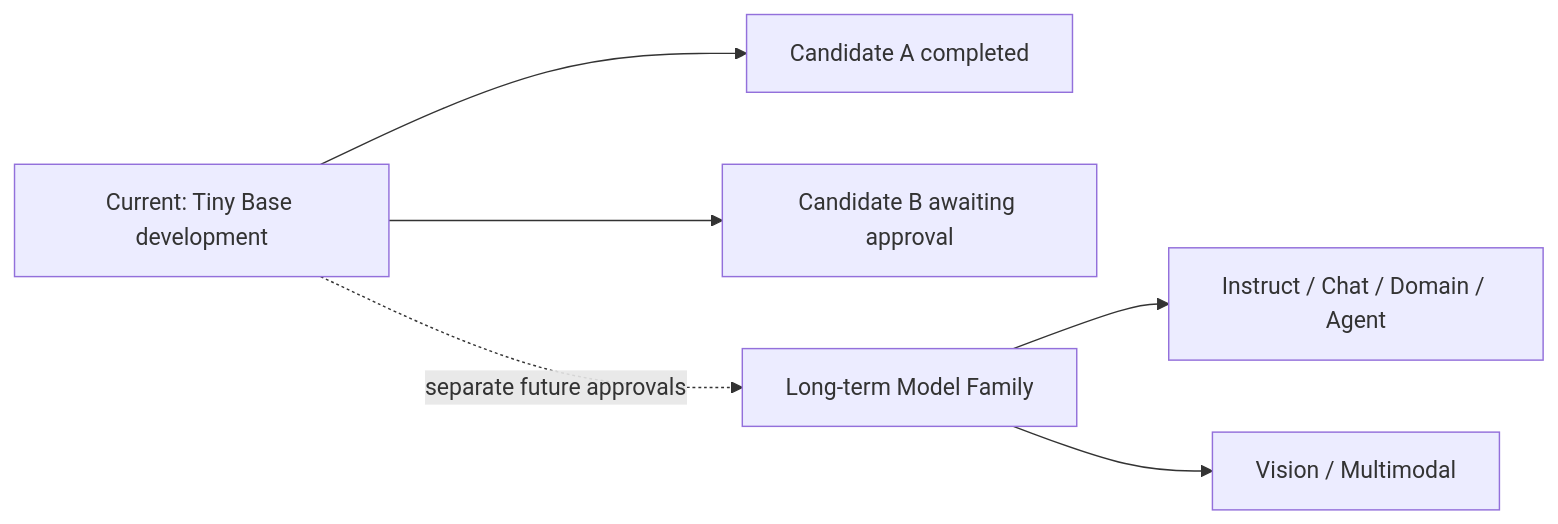
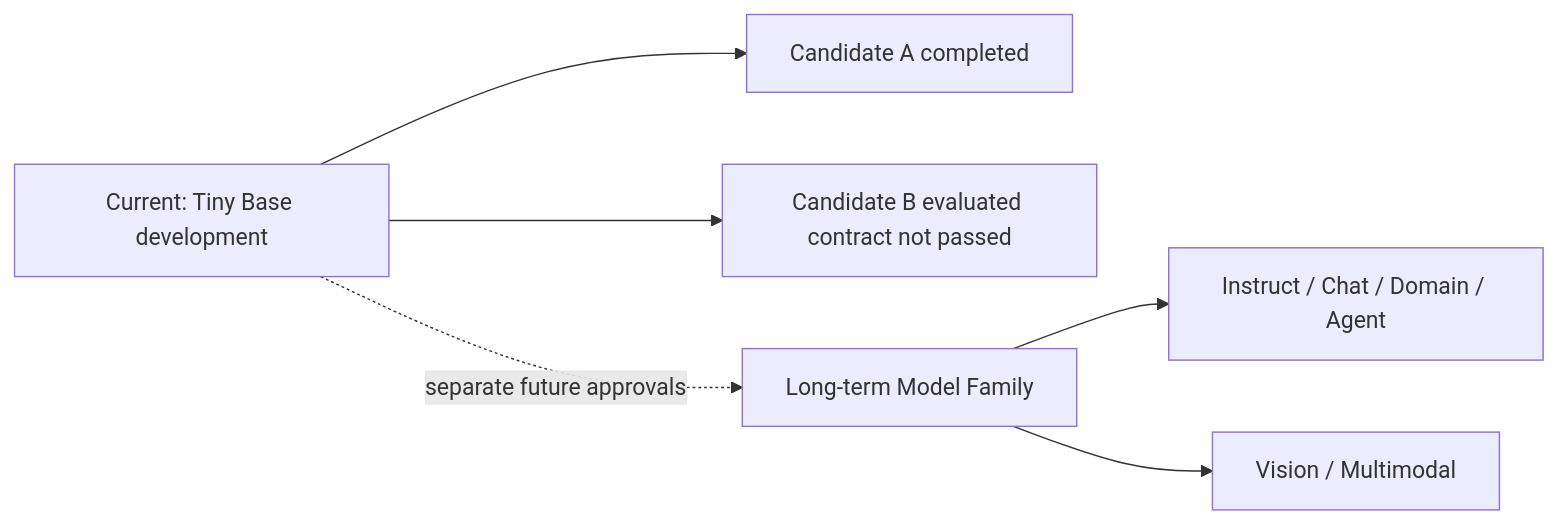
Before and after one commit to DohaStudio/DohaLM: the first of 2 diagrams in docs/project/foundation-model-strategy.md, drawn with Mermaid. The commit also changed other lines of this file and 19 other files, not shown here.

````diff
--- a/docs/project/foundation-model-strategy.md
+++ b/docs/project/foundation-model-strategy.md
@@ -39,15 +39,15 @@
 ```mermaid
 flowchart LR
     Current[Current: Tiny Base development]
     CandidateA[Candidate A completed]
-    CandidateB[Candidate B awaiting approval]
+    CandidateB[Candidate B evaluated contract not passed]
     LongTerm[Long-term Model Family]
     Domains[Instruct / Chat / Domain / Agent]
     Multimodal[Vision / Multimodal]
 
     Current --> CandidateA
     Current --> CandidateB
     Current -. separate future approvals .-> LongTerm
     LongTerm --> Domains
     LongTerm --> Multimodal
 ```
````
